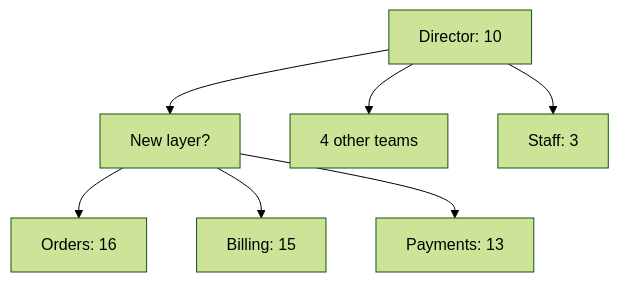
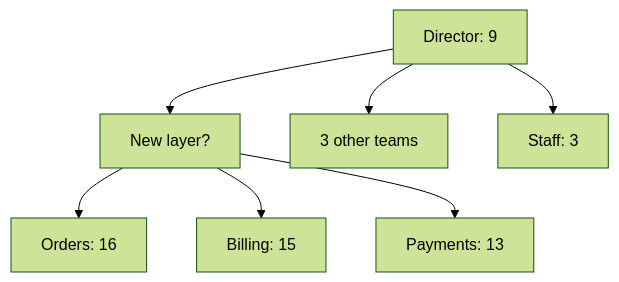
The third of 3 diagrams in docs/parts/07-organization-design/34-spans-layers-and-dependency-mapping.md (XayyamSadigov/engineering-leadership-book), drawn with Mermaid (forest theme) before and after one commit. The commit also changed other lines of this file and 145 other files, not shown here.

````diff
--- a/docs/parts/07-organization-design/34-spans-layers-and-dependency-mapping.md
+++ b/docs/parts/07-organization-design/34-spans-layers-and-dependency-mapping.md
@@ -382,9 +416,9 @@
 ```mermaid
 flowchart TD
-    DIR["Director: 10"] --> G1["New layer?"]
-    DIR --> OT["4 other teams"]
+    DIR["Director: 9"] --> G1["New layer?"]
+    DIR --> OT["3 other teams"]
     DIR --> ST["Staff: 3"]
     G1 --> OR["Orders: 16"]
     G1 --> BI["Billing: 15"]
     G1 --> PA["Payments: 13"]
 ```
````
